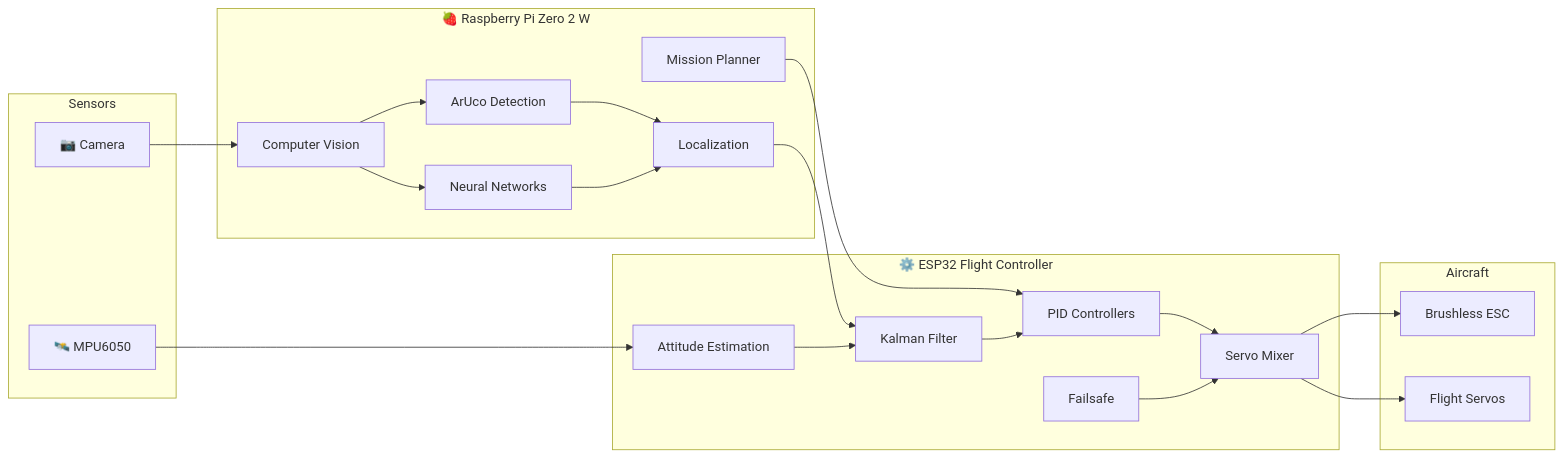
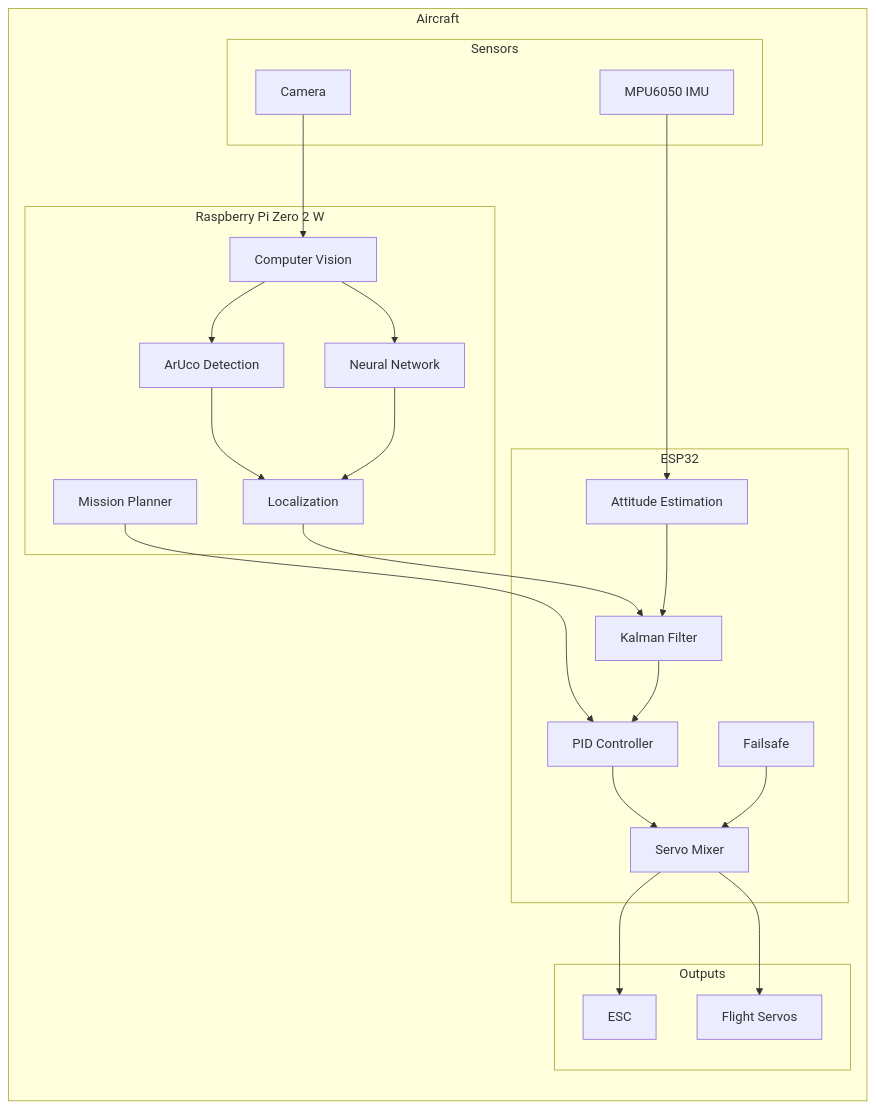
The first of 3 diagrams in README.md (Sts-simon/Ardu-Citron), drawn with Mermaid before and after one commit. The commit also changed other lines of this file and 7 other files, not shown here.

````diff
--- a/README.md
+++ b/README.md
@@ -200,75 +205,78 @@
 ```mermaid
 flowchart LR
 
+subgraph Aircraft
+
 subgraph Sensors
 
-CAM["📷 Camera"]
-
-IMU["🛰️ MPU6050"]
+IMU["MPU6050 IMU"]
+CAM["Camera"]
 
 end
 
-subgraph Raspberry["🍓 Raspberry Pi Zero 2 W"]
+subgraph Raspberry["Raspberry Pi Zero 2 W"]
 
 VISION["Computer Vision"]
 
 ARUCO["ArUco Detection"]
 
-CNN["Neural Networks"]
+CNN["Neural Network"]
 
 LOCAL["Localization"]
 
 MISSION["Mission Planner"]
 
 end
 
-subgraph ESP32["⚙️ ESP32 Flight Controller"]
+subgraph ESP32
 
 ATT["Attitude Estimation"]
 
-KALMAN["Kalman Filter"]
+KAL["Kalman Filter"]
 
-PID["PID Controllers"]
+PID["PID Controller"]
 
-MIXER["Servo Mixer"]
+MIX["Servo Mixer"]
 
-FAILSAFE["Failsafe"]
+FAIL["Failsafe"]
 
 end
 
-subgraph Aircraft
+subgraph Outputs
 
-ESC["Brushless ESC"]
+ESC["ESC"]
 
 SERVOS["Flight Servos"]
+
+end
 
 end
 
 CAM --> VISION
 
 VISION --> ARUCO
 
 VISION --> CNN
 
 ARUCO --> LOCAL
 
 CNN --> LOCAL
 
-LOCAL --> KALMAN
+LOCAL --> KAL
+
+IMU --> ATT
+
+ATT --> KAL
 
 MISSION --> PID
 
-IMU --> ATT
+KAL --> PID
 
-ATT --> KALMAN
+PID --> MIX
 
-KALMAN --> PID
+MIX --> ESC
 
-PID --> MIXER
+MIX --> SERVOS
 
-FAILSAFE --> MIXER
-
-MIXER --> ESC
-
-MIXER --> SERVOS
+FAIL --> MIX
 ```
````
